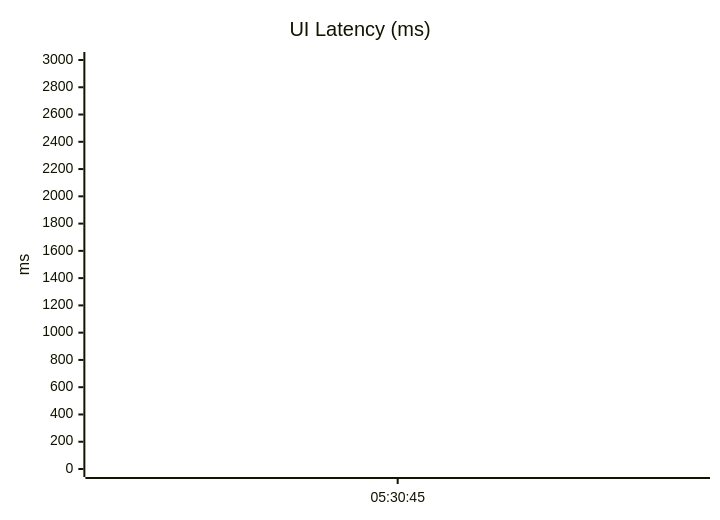
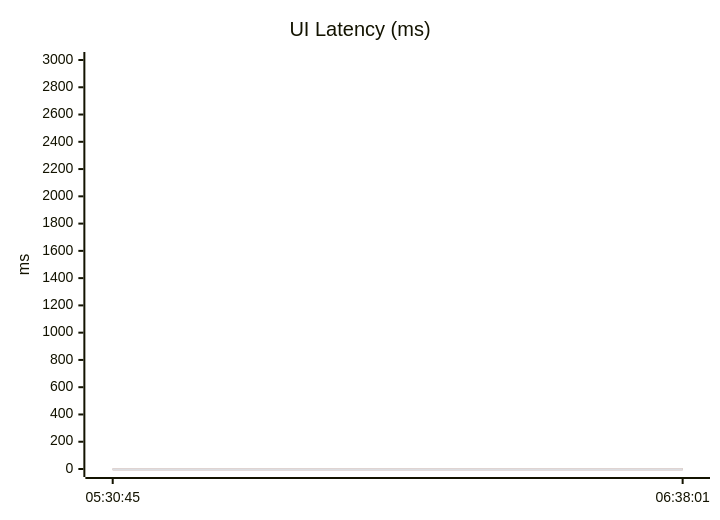
The diagram in README.md (greenwave1987/clash_test), drawn with Mermaid before and after one commit. The commit also changed other lines of this file and 1 other file, not shown here.

````diff
--- a/README.md
+++ b/README.md
@@ -16,10 +17,10 @@
 ```mermaid
 xychart-beta
   title "UI Latency (ms)"
-  x-axis ["05:30:45"]
+  x-axis ["05:30:45", "06:38:01"]
   y-axis "ms" 0 --> 3000
-  line "http://jz.***.uy" [-1]
-  line "http://jz.***.io" [-1]
-  line "http://greenwave1987.***.in" [-1]
-  line "http://jz.***.xyz" [-1]
+  line "jz.***.uy" [-1, -1]
+  line "jz.***.io" [-1, -1]
+  line "greenwave1987.***.in" [-1, -1]
+  line "jz.***.xyz" [-1, -1]
 ```
````
